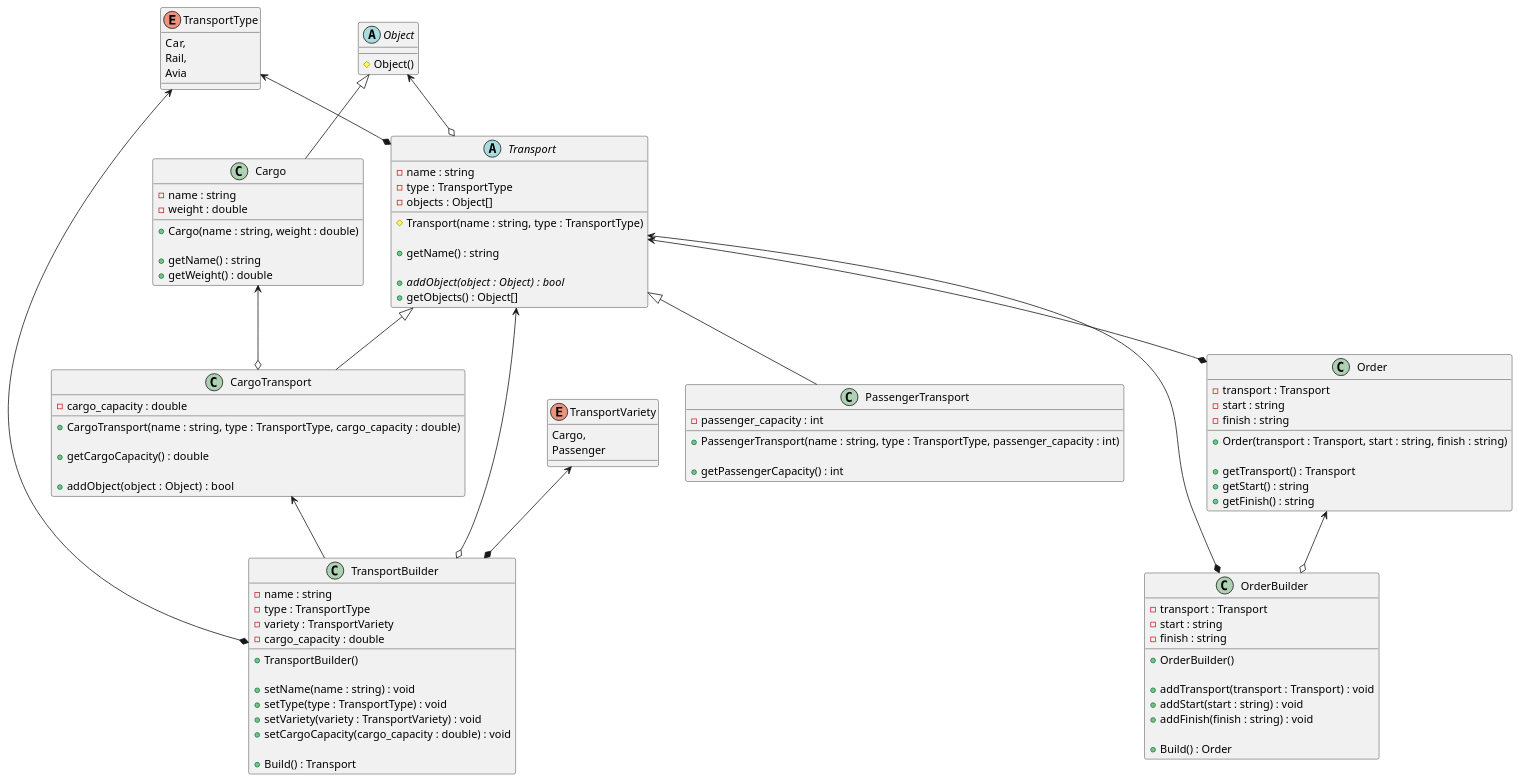
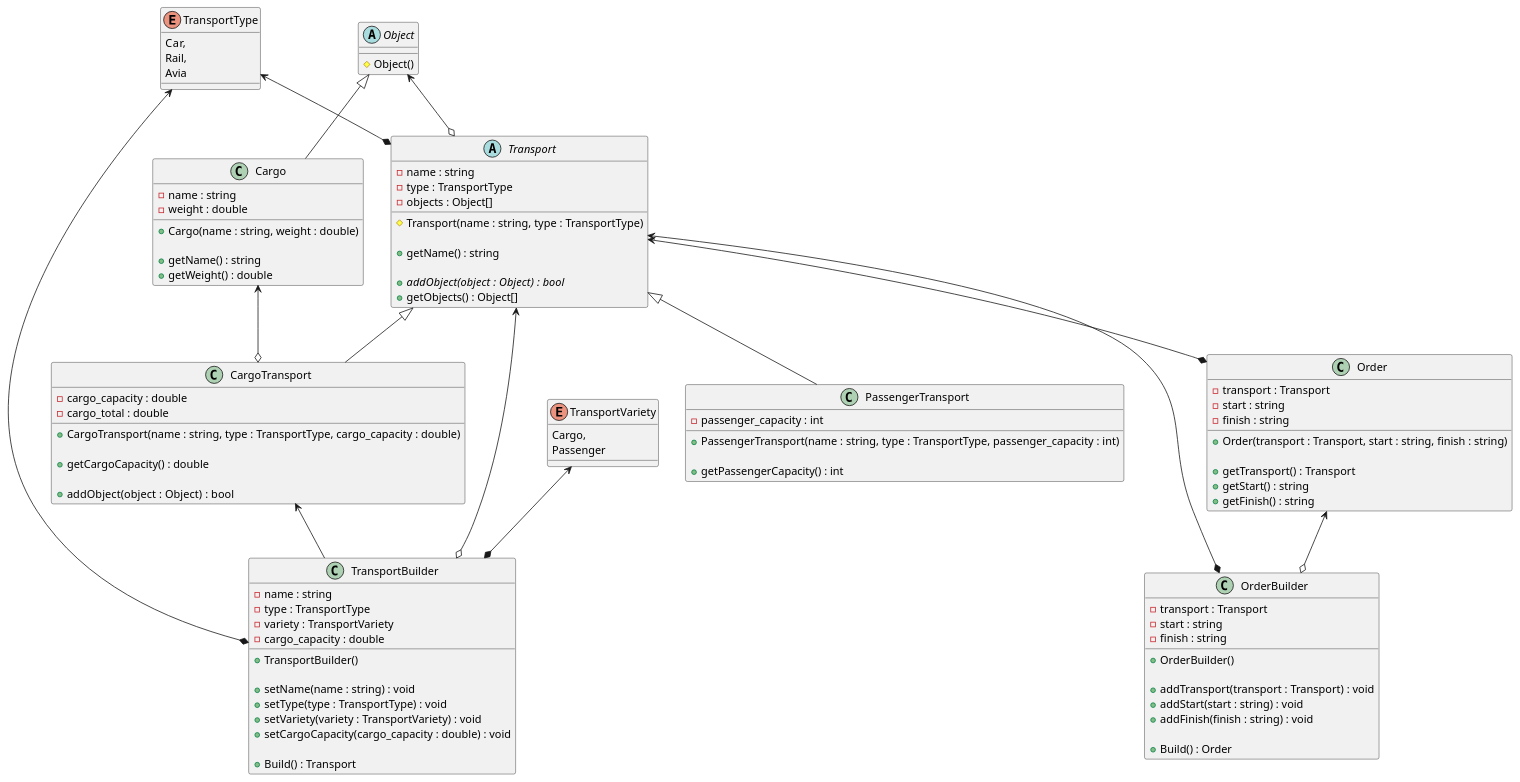
One commit to it-top-shambala/TransportCompany_ changed the diagram in class_diagram.puml. Above: the diagram before and after it, drawn with PlantUML. The commit also changed 1 other file, not shown here.

Commit message:
Update class diagram

```diff
--- a/class_diagram.puml
+++ b/class_diagram.puml
@@ -1,117 +1,118 @@
 @startuml
 'https://plantuml.com/class-diagram
 
 enum TransportType {
 Car,
 Rail,
 Avia
 }
 
 abstract class Object {
 # Object()
 }
 
 Object <|-- Cargo
 class Cargo {
 - name : string
 - weight : double
 
 + Cargo(name : string, weight : double)
 
 + getName() : string
 + getWeight() : double
 }
 
 
 TransportType <--* Transport
 Object <--o Transport
 abstract class Transport {
 - name : string
 - type : TransportType
 - objects : Object[]
 
 # Transport(name : string, type : TransportType)
 
 + getName() : string
 
 + {abstract} addObject(object : Object) :  bool
 + getObjects() : Object[]
 }
 
 Transport <|-- CargoTransport
 Cargo <--o CargoTransport
 class CargoTransport {
 - cargo_capacity : double
+- cargo_total : double
 
 + CargoTransport(name : string, type : TransportType, cargo_capacity : double)
 
 + getCargoCapacity() : double
 
 + addObject(object : Object) :  bool
 }
 
 Transport <|-- PassengerTransport
 class PassengerTransport {
 - passenger_capacity : int
 
 + PassengerTransport(name : string, type : TransportType, passenger_capacity : int)
 
 + getPassengerCapacity() : int
 }
 
 Transport <--* Order
 class Order {
 - transport : Transport
 - start : string
 - finish : string
 
 + Order(transport : Transport, start : string, finish : string)
 
 + getTransport() : Transport
 + getStart() : string
 + getFinish() : string
 }
 
 Transport <--* OrderBuilder
 Order <--o OrderBuilder
 class OrderBuilder{
 - transport : Transport
 - start : string
 - finish : string
 
 + OrderBuilder()
 
 + addTransport(transport : Transport) : void
 + addStart(start : string) : void
 + addFinish(finish : string) : void
 
 + Build() : Order
 }
 
 enum TransportVariety {
 Cargo,
 Passenger
 }
 
 
 Transport <--o TransportBuilder
 TransportType <--* TransportBuilder
 TransportVariety <--* TransportBuilder
 CargoTransport <-- TransportBuilder
 class TransportBuilder {
 - name : string
 - type : TransportType
 - variety : TransportVariety
 - cargo_capacity : double
 
 + TransportBuilder()
 
 + setName(name : string) : void
 + setType(type : TransportType) : void
 + setVariety(variety : TransportVariety) : void
 + setCargoCapacity(cargo_capacity : double) : void
 
 + Build() : Transport
 }
 
 @enduml
```
